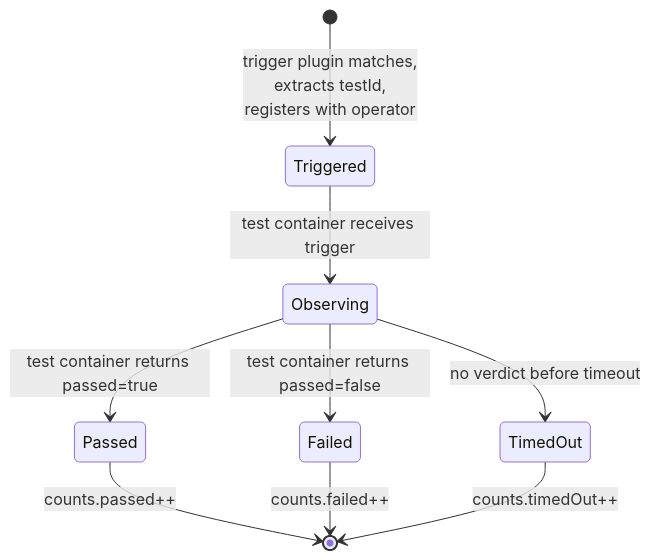
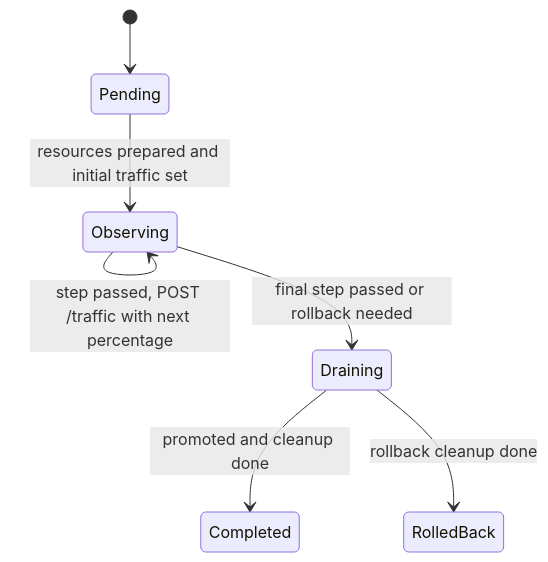
One commit to dlahmad/fluidbgoperator changed the second of 2 diagrams in ARCHITECTURE.md. Above: the diagram before and after it, drawn with Mermaid. The commit also changed other lines of this file and 26 other files, not shown here.

Commit message:
Align docs and image names with current architecture

````diff
--- a/ARCHITECTURE.md
+++ b/ARCHITECTURE.md
@@ -714,11 +246,9 @@
 ```mermaid
 stateDiagram-v2
-    [*] --> Triggered : trigger plugin matches,<br/>extracts testId,<br/>registers with operator
-    Triggered --> Observing : test container receives trigger
-    Observing --> Passed : test container returns passed=true
-    Observing --> Failed : test container returns passed=false
-    Observing --> TimedOut : no verdict before timeout
-    Passed --> [*] : counts.passed++
-    Failed --> [*] : counts.failed++
-    TimedOut --> [*] : counts.timedOut++
+    [*] --> Pending
+    Pending --> Observing: resources prepared and initial traffic set
+    Observing --> Observing: step passed, POST /traffic with next percentage
+    Observing --> Draining: final step passed or rollback needed
+    Draining --> Completed: promoted and cleanup done
+    Draining --> RolledBack: rollback cleanup done
 ```
````
